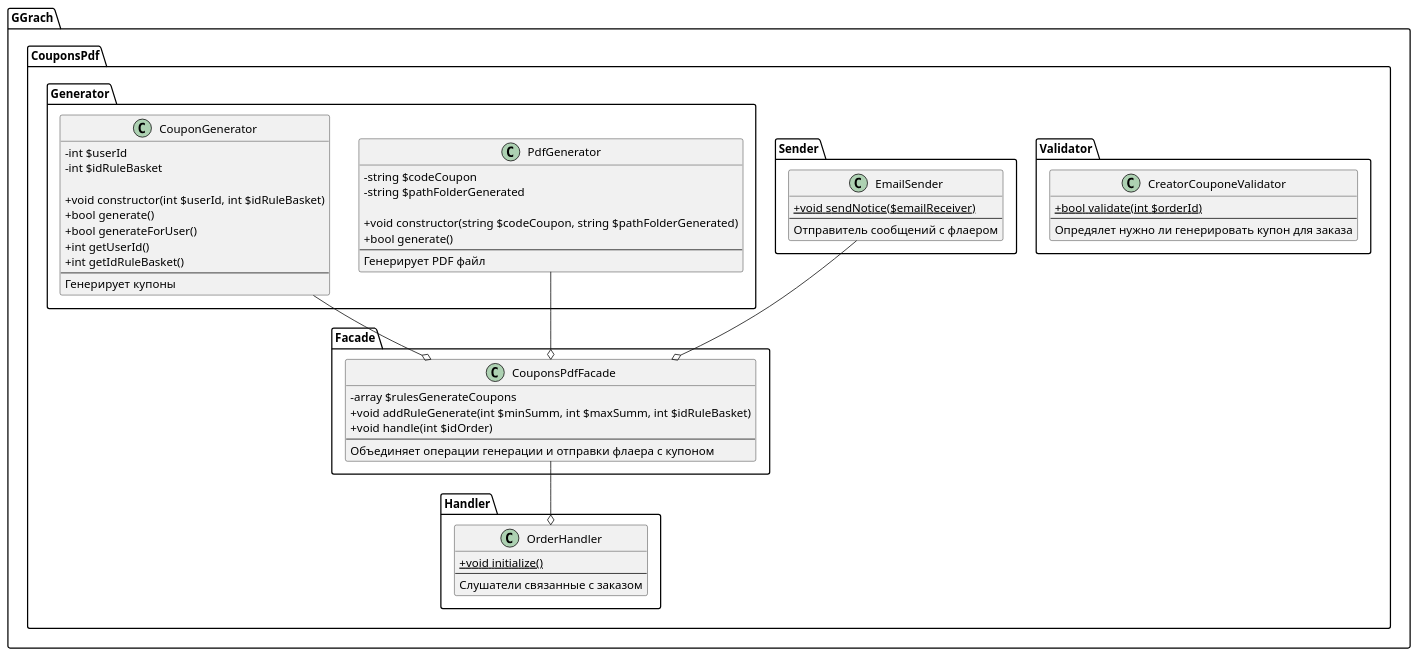
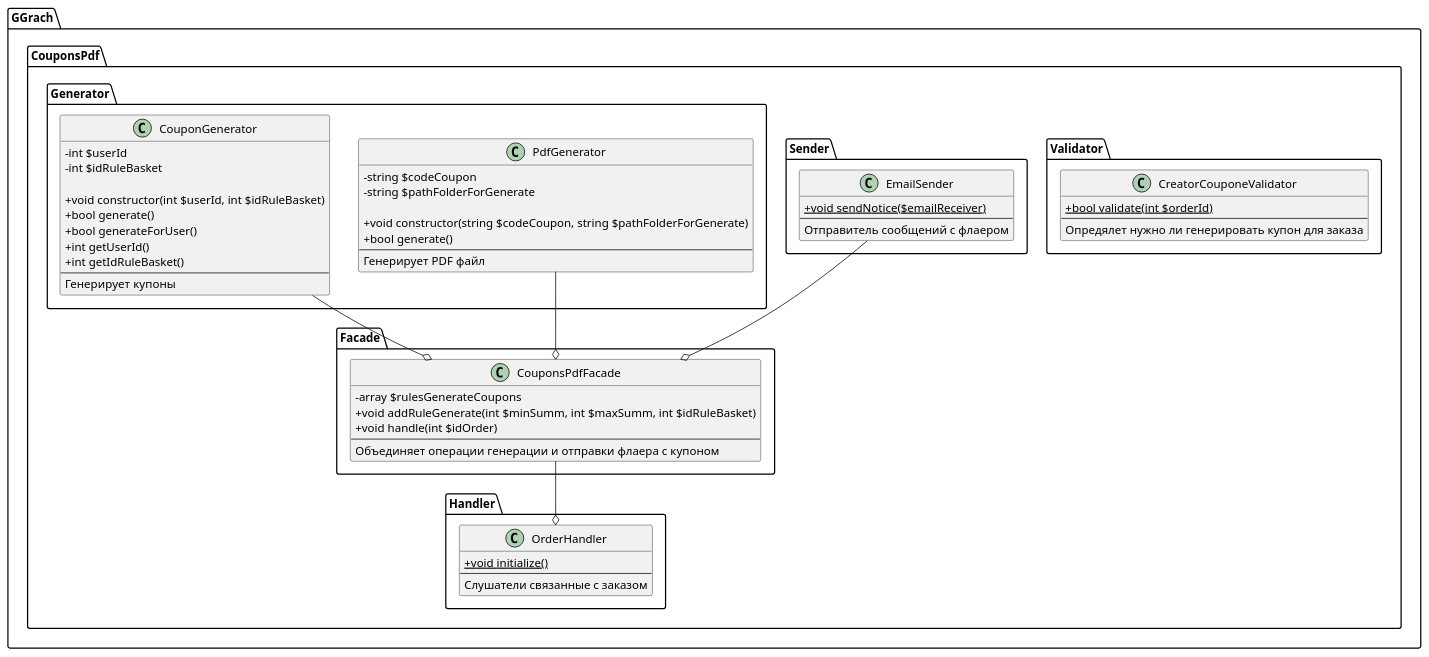
Before and after one commit to ggrachdev/bitrix_module_coupons_pdf: the diagram in classes/structure.puml, drawn with PlantUML. The commit also changed 332 other files, not shown here.

```diff
--- a/classes/structure.puml
+++ b/classes/structure.puml
@@ -1,74 +1,74 @@
 @startuml
 
 skinparam classAttributeIconSize 0
 
 package GGrach.CouponsPdf {
     namespace Handler {
         class OrderHandler {
           + {static} void initialize()
           --
           Слушатели связанные с заказом 
         }
     }
 
     namespace Validator {
         class CreatorCouponeValidator{
           + {static} bool validate(int $orderId)
           --
           Опредялет нужно ли генерировать купон для заказа
         }
     }
 
     namespace Sender {
         class EmailSender {
           + {static} void sendNotice($emailReceiver)
           --
           Отправитель сообщений с флаером
         }
     }
 
     namespace Generator {
         class PdfGenerator {
           - string $сodeCoupon
-          - string $pathFolderGenerated
+          - string $pathFolderForGenerate
 
-          + void constructor(string $сodeCoupon, string $pathFolderGenerated)
+          + void constructor(string $сodeCoupon, string $pathFolderForGenerate)
           + bool generate()
           --
           Генерирует PDF файл
         }
 
         class CouponGenerator {
           - int $userId
           - int $idRuleBasket
 
           + void constructor(int $userId, int $idRuleBasket)
           + bool generate()
           + bool generateForUser()
           + int getUserId()
           + int getIdRuleBasket()
           --
           Генерирует купоны
         }
     }
 
 
     namespace Facade {
         class CouponsPdfFacade {
           - array $rulesGenerateCoupons
           + void addRuleGenerate(int $minSumm, int $maxSumm, int $idRuleBasket)
           + void handle(int $idOrder)
           --
           Объединяет операции генерации и отправки флаера с купоном
         }
     }
 
 
     Generator.CouponGenerator --o Facade.CouponsPdfFacade
     Generator.PdfGenerator --o Facade.CouponsPdfFacade
     Sender.EmailSender --o Facade.CouponsPdfFacade
 
     Facade.CouponsPdfFacade --o Handler.OrderHandler
 }
 
 @enduml
```
